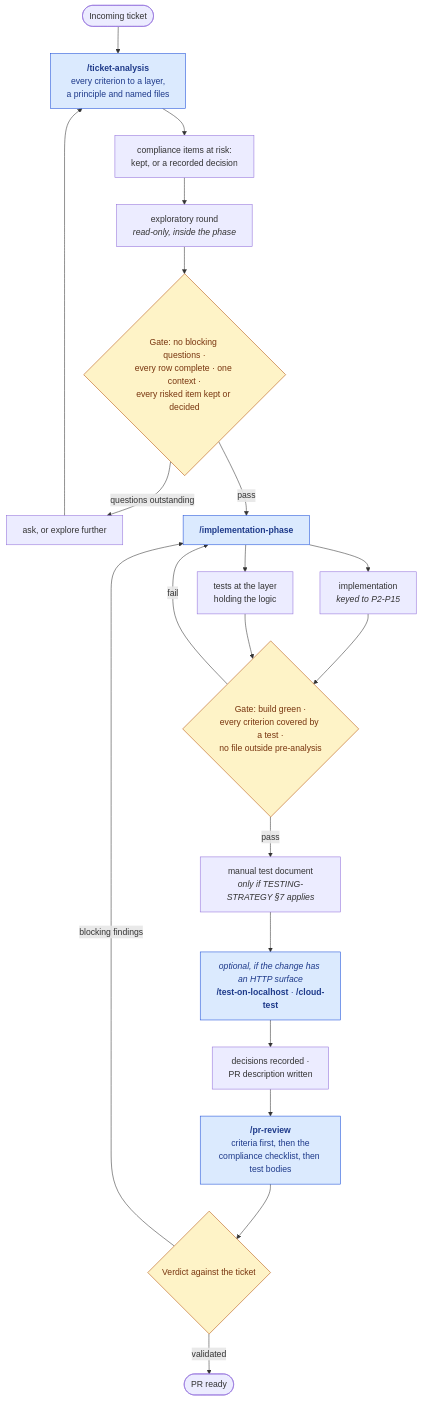
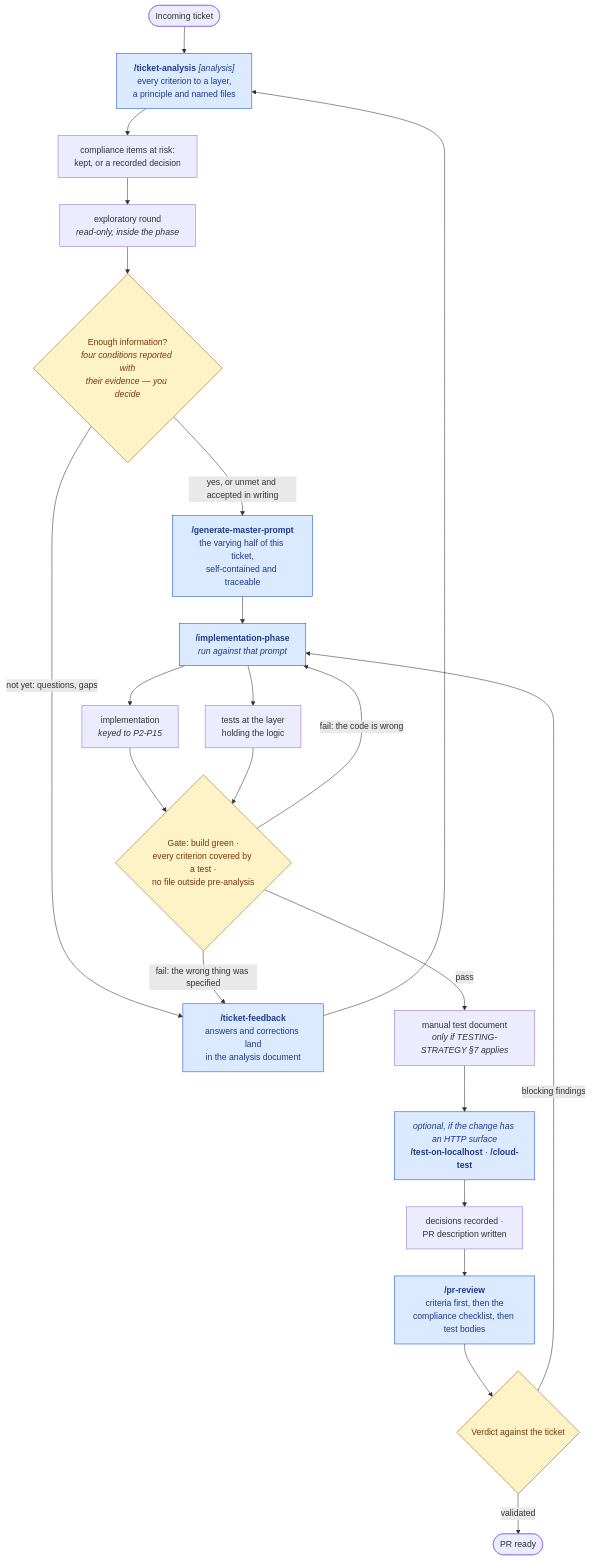
Before and after one commit to konradcinkusz/architecture-standards: the diagram in docs/delivery/WORKFLOW.md, drawn with Mermaid. The commit also changed other lines of this file and 19 other files, not shown here.

First line of the commit message:
The information gate moves to the person, and the master prompt comes back

````diff
--- a/docs/delivery/WORKFLOW.md
+++ b/docs/delivery/WORKFLOW.md
@@ -36,31 +41,33 @@
 ```mermaid
 flowchart TD
-    A([Incoming ticket]) --> B["<b>/ticket-analysis</b><br/>every criterion to a layer,<br/>a principle and named files"]
+    A([Incoming ticket]) --> B["<b>/ticket-analysis</b> <i>[analysis]</i><br/>every criterion to a layer,<br/>a principle and named files"]
     B --> B2["compliance items at risk:<br/>kept, or a recorded decision"]
     B2 --> C["exploratory round<br/><i>read-only, inside the phase</i>"]
-    C --> D{"Gate: no blocking questions ·<br/>every row complete · one context ·<br/>every risked item kept or decided"}
+    C --> D{"Enough information?<br/><i>four conditions reported with<br/>their evidence — you decide</i>"}
 
-    D -- "questions outstanding" --> E["ask, or explore further"]
+    D -- "not yet: questions, gaps" --> E["<b>/ticket-feedback</b><br/>answers and corrections land<br/>in the analysis document"]
     E --> B
 
-    D -- pass --> F["<b>/implementation-phase</b>"]
+    D -- "yes, or unmet and accepted in writing" --> P["<b>/generate-master-prompt</b><br/>the varying half of this ticket,<br/>self-contained and traceable"]
+    P --> F["<b>/implementation-phase</b><br/><i>run against that prompt</i>"]
     F --> G1["implementation<br/><i>keyed to P2-P15</i>"]
     F --> G2["tests at the layer<br/>holding the logic"]
     G1 --> H{"Gate: build green ·<br/>every criterion covered by a test ·<br/>no file outside pre-analysis"}
     G2 --> H
 
-    H -- fail --> F
+    H -- "fail: the code is wrong" --> F
+    H -- "fail: the wrong thing was specified" --> E
     H -- pass --> I["manual test document<br/><i>only if TESTING-STRATEGY §7 applies</i>"]
     I --> V["<i>optional, if the change has an HTTP surface</i><br/><b>/test-on-localhost</b> · <b>/cloud-test</b>"]
     V --> J["decisions recorded ·<br/>PR description written"]
     J --> K["<b>/pr-review</b><br/>criteria first, then the<br/>compliance checklist, then test bodies"]
     K --> L{"Verdict against the ticket"}
 
     L -- "blocking findings" --> F
     L -- validated --> M([PR ready])
 
     classDef skill fill:#dbeafe,stroke:#1d4ed8,color:#1e3a8a
     classDef gate fill:#fef3c7,stroke:#b45309,color:#78350f
-    class B,F,K,V skill
+    class B,P,E,F,K,V skill
     class D,H,L gate
 ```
````
